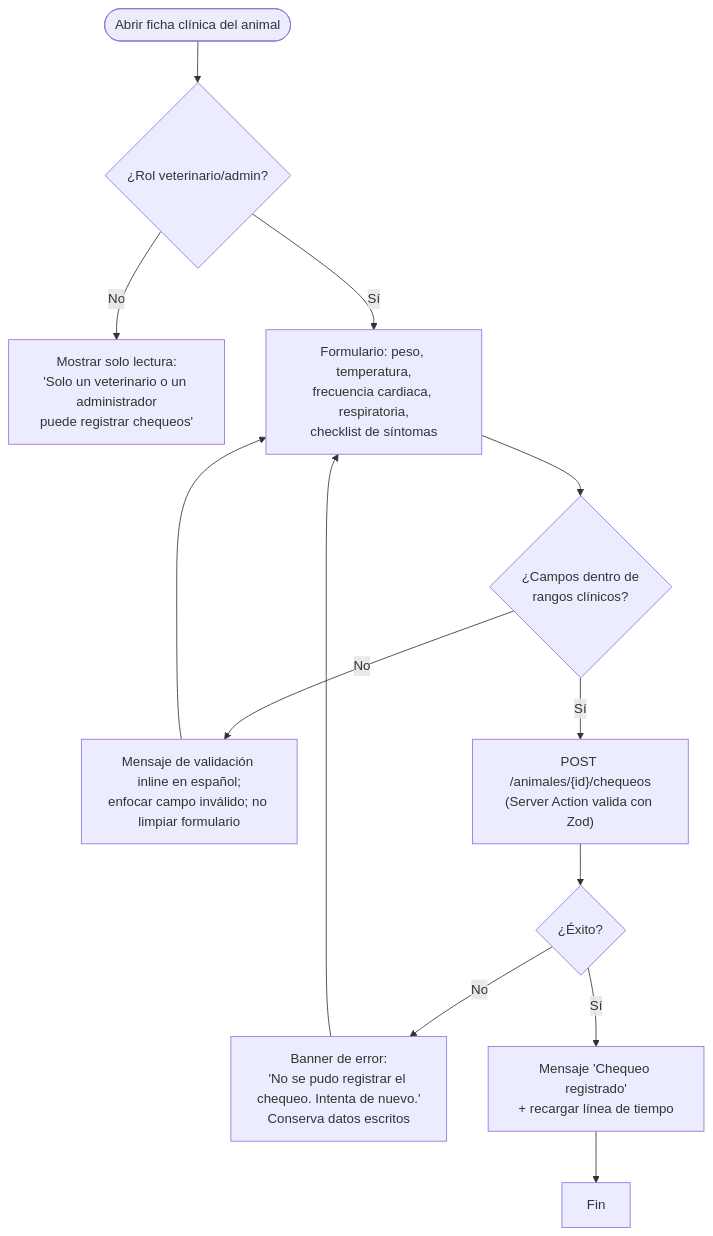
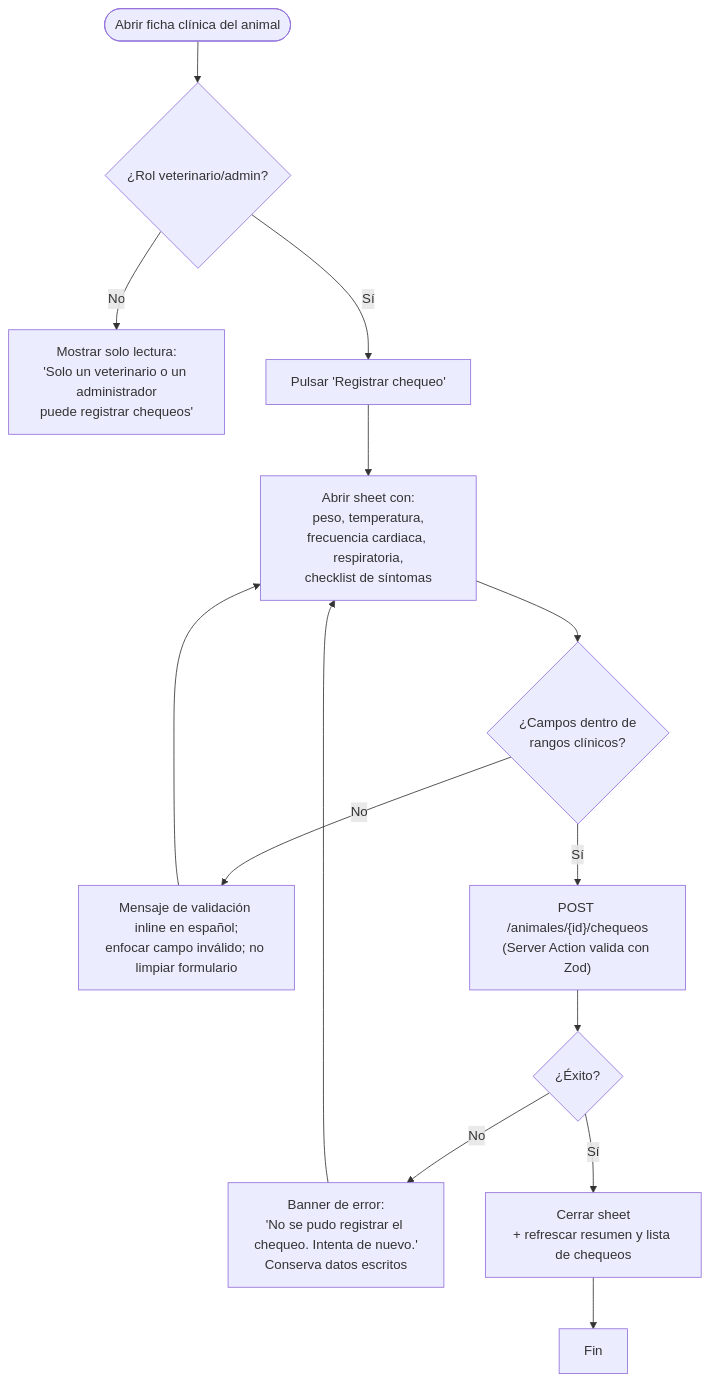
Before and after one commit to thespacio/pixkki: the first of 3 diagrams in docs/features/ui-ux/requerimiento-02-control-clinico-cuarentena-ui-ux.md, drawn with Mermaid. The commit also changed other lines of this file and 35 other files, not shown here.

````diff
--- a/docs/features/ui-ux/requerimiento-02-control-clinico-cuarentena-ui-ux.md
+++ b/docs/features/ui-ux/requerimiento-02-control-clinico-cuarentena-ui-ux.md
@@ -34,16 +40,16 @@
 ```mermaid
 flowchart TD
-    Inicio(["Abrir ficha clínica del animal"])
-    Inicio --> Permiso{"¿Rol veterinario/admin?"}
+    Inicio(["Abrir ficha clínica del animal"]) --> Permiso{"¿Rol veterinario/admin?"}
     Permiso -- "No" --> MsgSoloLectura["Mostrar solo lectura:<br/>'Solo un veterinario o un administrador<br/>puede registrar chequeos'"]
-    Permiso -- "Sí" --> Form[Formulario: peso, temperatura,<br/>frecuencia cardiaca, respiratoria,<br/>checklist de síntomas]
-    Form --> Validar{"¿Campos dentro de<br/>rangos clínicos?"}
+    Permiso -- "Sí" --> Boton["Pulsar 'Registrar chequeo'"]
+    Boton --> Sheet["Abrir sheet con:<br/>peso, temperatura,<br/>frecuencia cardiaca, respiratoria,<br/>checklist de síntomas"]
+    Sheet --> Validar{"¿Campos dentro de<br/>rangos clínicos?"}
     Validar -- "No" --> ErrorCampo["Mensaje de validación inline en español;<br/>enfocar campo inválido; no limpiar formulario"]
-    ErrorCampo --> Form
+    ErrorCampo --> Sheet
     Validar -- "Sí" --> Enviar["POST /animales/{id}/chequeos<br/>(Server Action valida con Zod)"]
     Enviar --> Ok{"¿Éxito?"}
     Ok -- "No" --> ErrorServ["Banner de error:<br/>'No se pudo registrar el chequeo. Intenta de nuevo.'<br/>Conserva datos escritos"]
-    ErrorServ --> Form
-    Ok -- "Sí" --> Exito["Mensaje 'Chequeo registrado'<br/>+ recargar línea de tiempo"]
+    ErrorServ --> Sheet
+    Ok -- "Sí" --> Exito["Cerrar sheet<br/>+ refrescar resumen y lista de chequeos"]
     Exito --> Fin[Fin]
 ```
````
